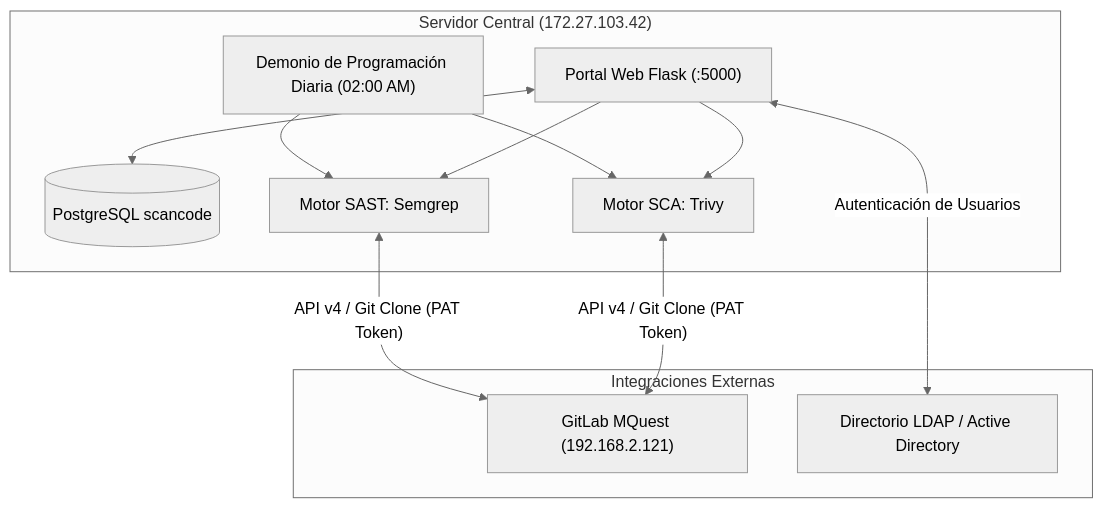
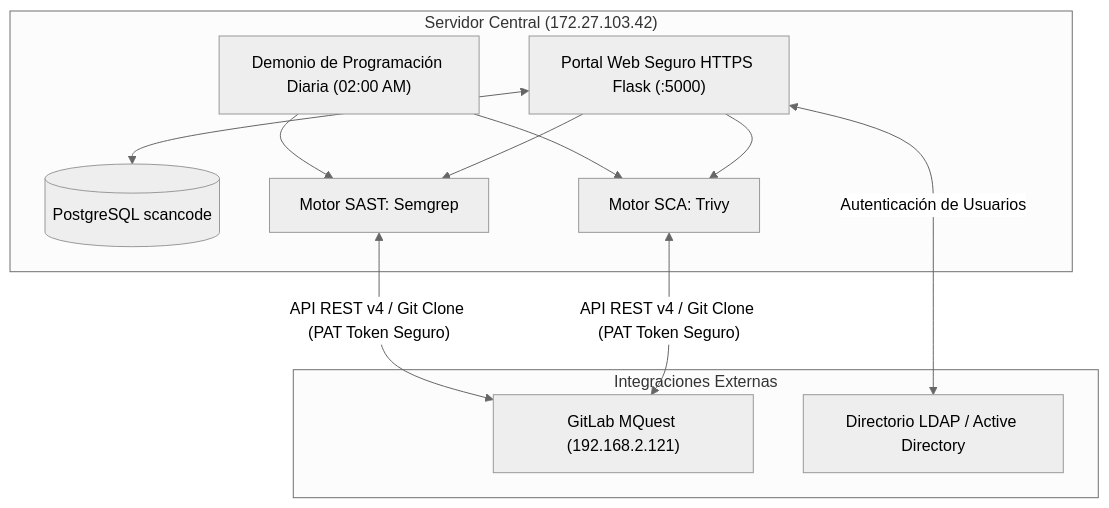
The first of 2 diagrams in MANUAL_DE_OPERACION.md (cplazaibarra/analisis-codigo), drawn with Mermaid (neutral theme) before and after one commit. The commit also changed other lines of this file and 1 other file, not shown here.

Commit message:
docs: Actualización de Manual de Operación y Documento Estratégico (HTTPS, Vista Unificada de Proyecto y Contadores)

````diff
--- a/MANUAL_DE_OPERACION.md
+++ b/MANUAL_DE_OPERACION.md
@@ -13,23 +13,23 @@
 ```mermaid
 flowchart TD
     subgraph Servidor Central ["Servidor Central (172.27.103.42)"]
-        UI["Portal Web Flask (:5000)"]
+        UI["Portal Web Seguro HTTPS Flask (:5000)"]
         DB[(PostgreSQL scancode)]
         SCHED["Demonio de Programación Diaria (02:00 AM)"]
         ENG_SAST["Motor SAST: Semgrep"]
         ENG_SCA["Motor SCA: Trivy"]
     end
 
     subgraph Integraciones Externas
         GL["GitLab MQuest (192.168.2.121)"]
         LDAP["Directorio LDAP / Active Directory"]
     end
 
     UI <--> DB
     SCHED --> ENG_SAST
     SCHED --> ENG_SCA
     UI --> ENG_SAST
     UI --> ENG_SCA
-    ENG_SAST & ENG_SCA <-- "API v4 / Git Clone (PAT Token)" --> GL
+    ENG_SAST & ENG_SCA <-- "API REST v4 / Git Clone (PAT Token Seguro)" --> GL
     UI <-- "Autenticación de Usuarios" --> LDAP
 ```
````
